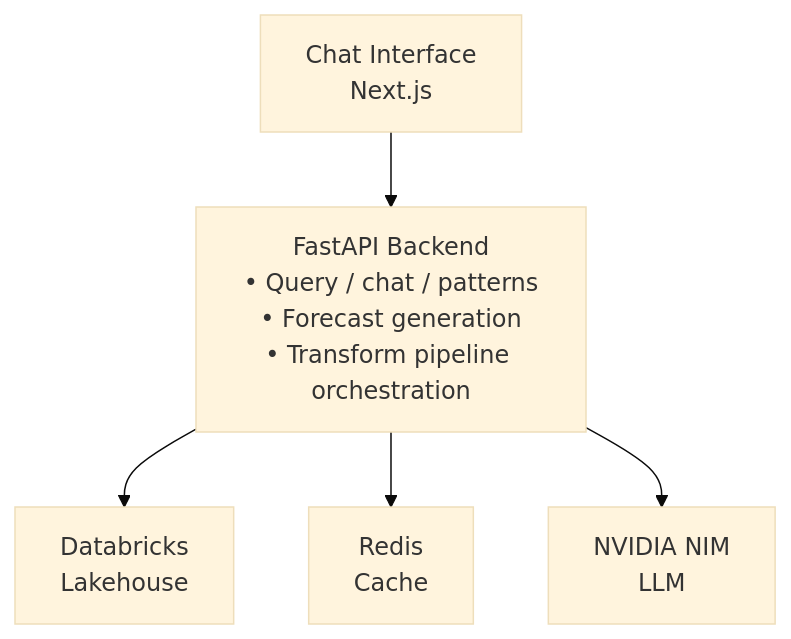
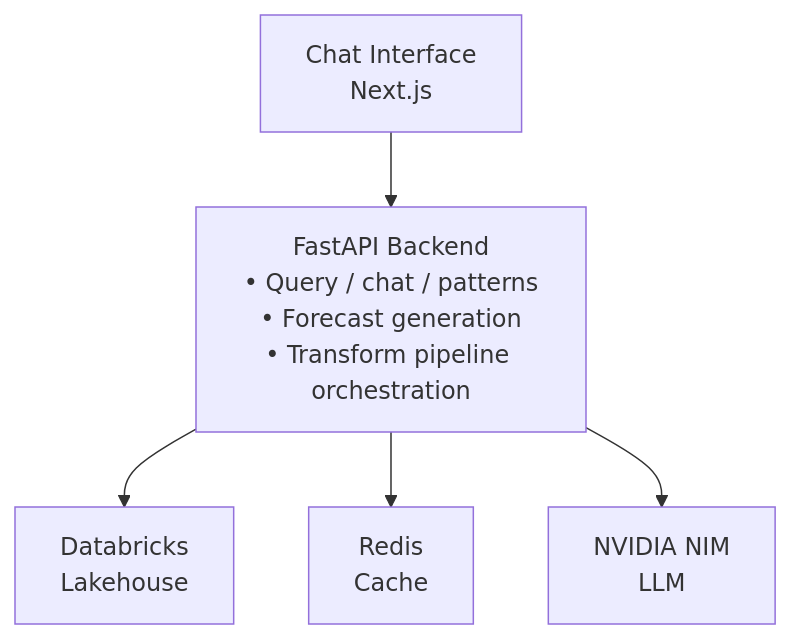
One commit to Pshyam17/DataToad changed the diagram in README.md. Above: the diagram before and after it, drawn with Mermaid.

````diff
--- a/README.md
+++ b/README.md
@@ -19,8 +19,8 @@
 ```mermaid
-%%{ init: { 'theme': 'base', 'themeVariables': { 'textColor': '#FFF' } } }%%
+
 graph TD
     UI[Chat Interface<br>Next.js] --> API[FastAPI Backend<br>• Query / chat / patterns<br>• Forecast generation<br>• Transform pipeline orchestration]
     API --> DB[Databricks<br>Lakehouse]
     API --> Redis[Redis<br>Cache]
     API --> NIM[NVIDIA NIM<br>LLM]
 ```
````
